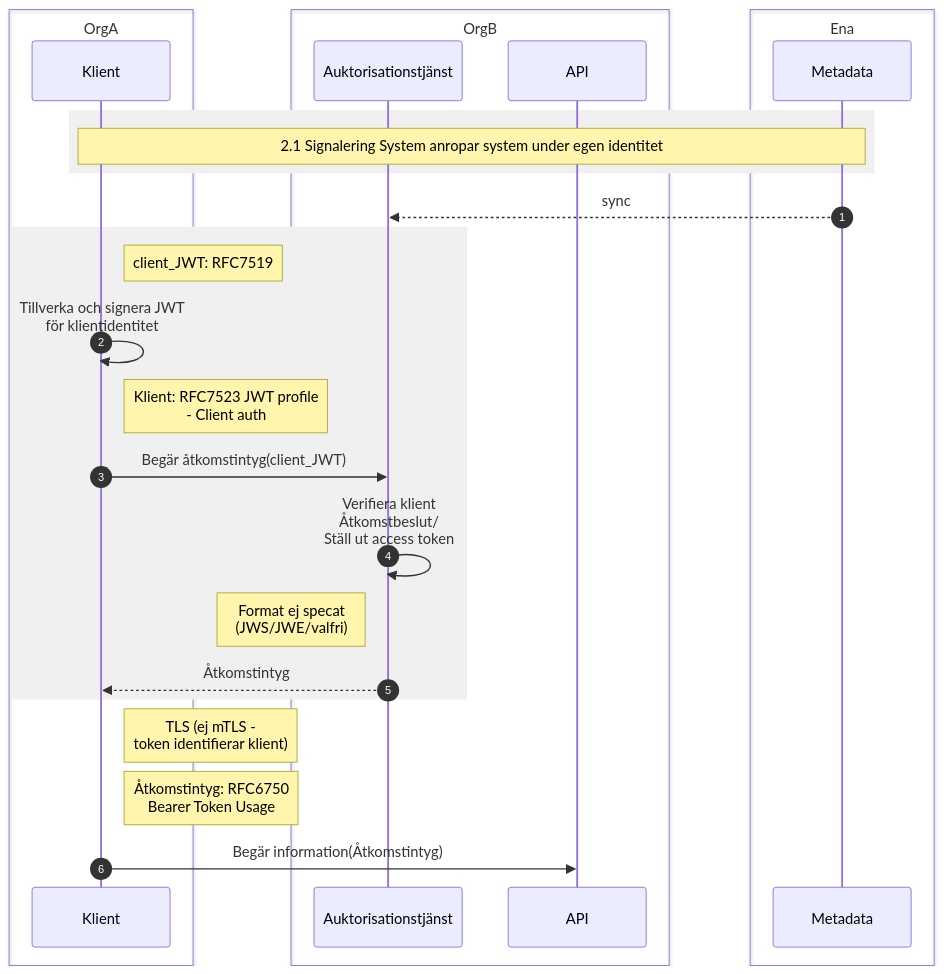
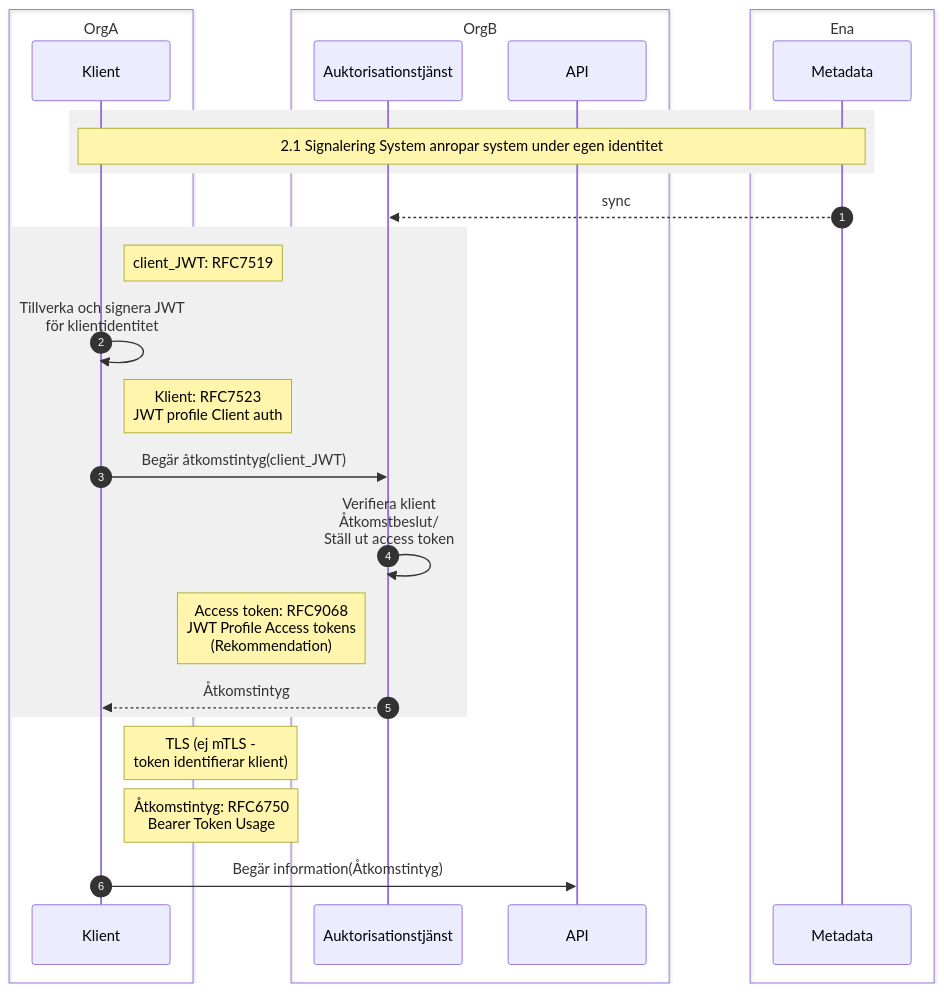
Before and after one commit to diggsweden/ena-authorization: the diagram in architecture/drafts/Signalering 2.1 System anropar system under egen identitet.md, drawn with Mermaid. The commit also changed other lines of this file and 1 other file, not shown here.

````diff
--- a/architecture/drafts/Signalering 2.1 System anropar system under egen identitet.md
+++ b/architecture/drafts/Signalering 2.1 System anropar system under egen identitet.md
@@ -5,33 +5,33 @@
 ```mermaid
 sequenceDiagram
     autonumber
     box OrgA
         participant E-tjänst as Klient
     end
     box OrgB
         participant AT-B as Auktorisationstjänst
         participant API
     end
     box Ena
         participant cMetadata as Metadata
     end
     Rect rgb(240, 240, 240)
         Note over E-tjänst, cMetadata: 2.1 Signalering System anropar system under egen identitet
     end
 
     cMetadata-->>AT-B: sync
 
     Rect rgb(240, 240, 240)
         Note right of E-tjänst: client_JWT: RFC7519
         E-tjänst->>E-tjänst: Tillverka och signera JWT<br> för klientidentitet
-        Note right of E-tjänst: Klient: RFC7523 JWT profile<br>- Client auth
+        Note right of E-tjänst: Klient: RFC7523<br>JWT profile Client auth
         E-tjänst->>AT-B: Begär åtkomstintyg(client_JWT)
         AT-B->>AT-B: Verifiera klient<br>Åtkomstbeslut/<br>Ställ ut access token
-        Note left of AT-B: Format ej specat<br/>(JWS/JWE/valfri)
+        Note left of AT-B: Access token: RFC9068<br>JWT Profile Access tokens<br/>(Rekommendation)
         AT-B-->>E-tjänst: Åtkomstintyg
     end
     Note right of E-tjänst: TLS (ej mTLS - <br>token identifierar klient)
     Note right of E-tjänst: Åtkomstintyg: RFC6750<br/> Bearer Token Usage
     E-tjänst->>API: Begär information(Åtkomstintyg)
 
 ```
````
